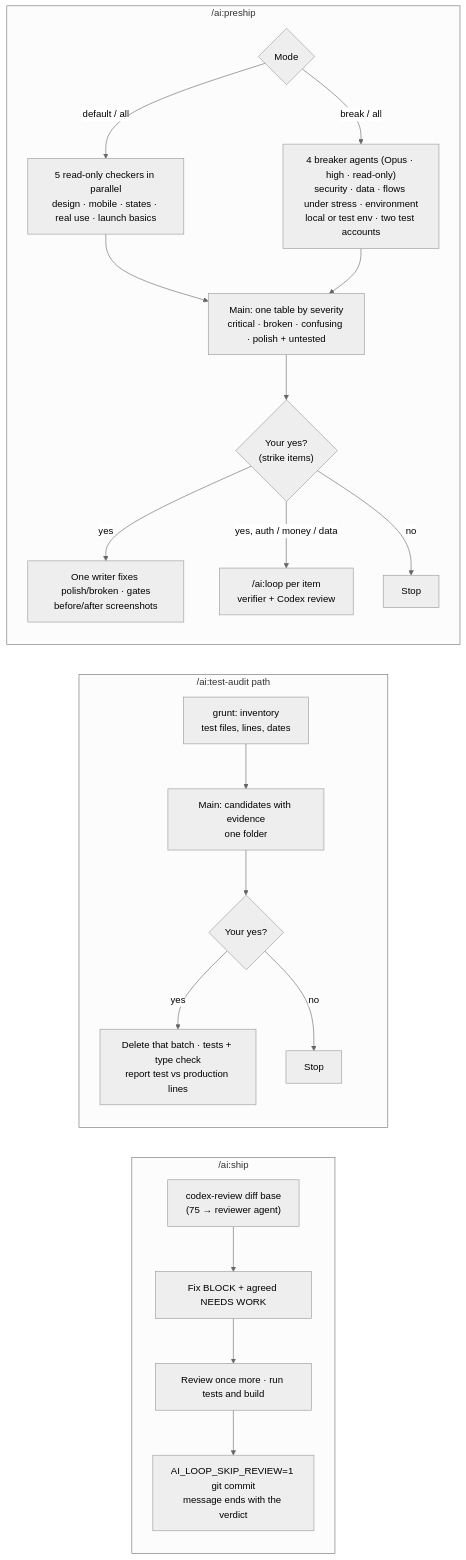
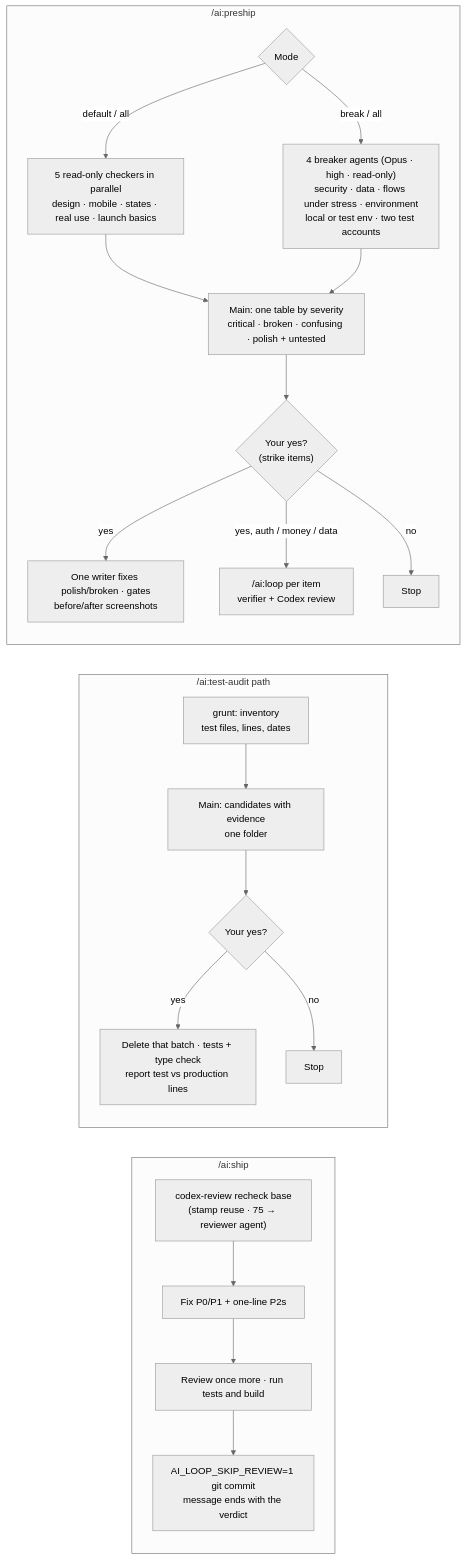
Before and after one commit to mrkpatchaa/dotfiles: the eighth of 9 diagrams in claude/ARCHITECTURE.md, drawn with Mermaid (neutral theme). The commit also changed other lines of this file and 20 other files, not shown here.

````diff
--- a/claude/ARCHITECTURE.md
+++ b/claude/ARCHITECTURE.md
@@ -237,27 +237,27 @@
 ```mermaid
 flowchart LR
   subgraph ship["/ai:ship"]
     direction TB
-    S1["codex-review diff base<br/>(75 → reviewer agent)"] --> S2["Fix BLOCK + agreed NEEDS WORK"]
+    S1["codex-review recheck base<br/>(stamp reuse · 75 → reviewer agent)"] --> S2["Fix P0/P1 + one-line P2s"]
     S2 --> S3["Review once more · run tests and build"]
     S3 --> S4["AI_LOOP_SKIP_REVIEW=1 git commit<br/>message ends with the verdict"]
   end
   subgraph audit["/ai:test-audit path"]
     direction TB
     T1["grunt: inventory<br/>test files, lines, dates"] --> T2["Main: candidates with evidence<br/>one folder"]
     T2 --> T3{"Your yes?"}
     T3 -->|yes| T4["Delete that batch · tests + type check<br/>report test vs production lines"]
     T3 -->|no| T5["Stop"]
   end
   subgraph pre["/ai:preship"]
     direction TB
     P0{"Mode"} -->|default / all| P1["5 read-only checkers in parallel<br/>design · mobile · states · real use · launch basics"]
     P0 -->|break / all| PB["4 breaker agents (Opus · high · read-only)<br/>security · data · flows under stress · environment<br/>local or test env · two test accounts"]
     P1 --> P2["Main: one table by severity<br/>critical · broken · confusing · polish + untested"]
     PB --> P2
     P2 --> P3{"Your yes?<br/>(strike items)"}
     P3 -->|yes| P4["One writer fixes polish/broken · gates<br/>before/after screenshots"]
     P3 -->|yes, auth / money / data| P6["/ai:loop per item<br/>verifier + Codex review"]
     P3 -->|no| P5["Stop"]
   end
 ```
````
